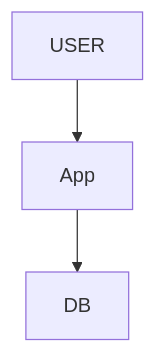
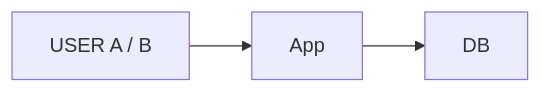
The first of 10 diagrams in 04_HLD/SYSTEM_DESIGNS/11_google_docs_collab/11_google_docs_collab.md (ArpanMaheshwari144/Prep), drawn with Mermaid before and after one commit. The commit also changed other lines of this file and 2 other files, not shown here.

Commit message:
docs, kafka, banking: one-day story, short cards, follow-ups with rules, highlighted diagrams

````diff
--- a/04_HLD/SYSTEM_DESIGNS/11_google_docs_collab/11_google_docs_collab.md
+++ b/04_HLD/SYSTEM_DESIGNS/11_google_docs_collab/11_google_docs_collab.md
@@ -47,8 +68,8 @@
 ```mermaid
-flowchart TD
-    n_USER["USER"]
+flowchart LR
+    n_USER["USER A / B"]
     n_App["App"]
     n_DB["DB"]
     n_USER --> n_App
     n_App --> n_DB
 ```
````
